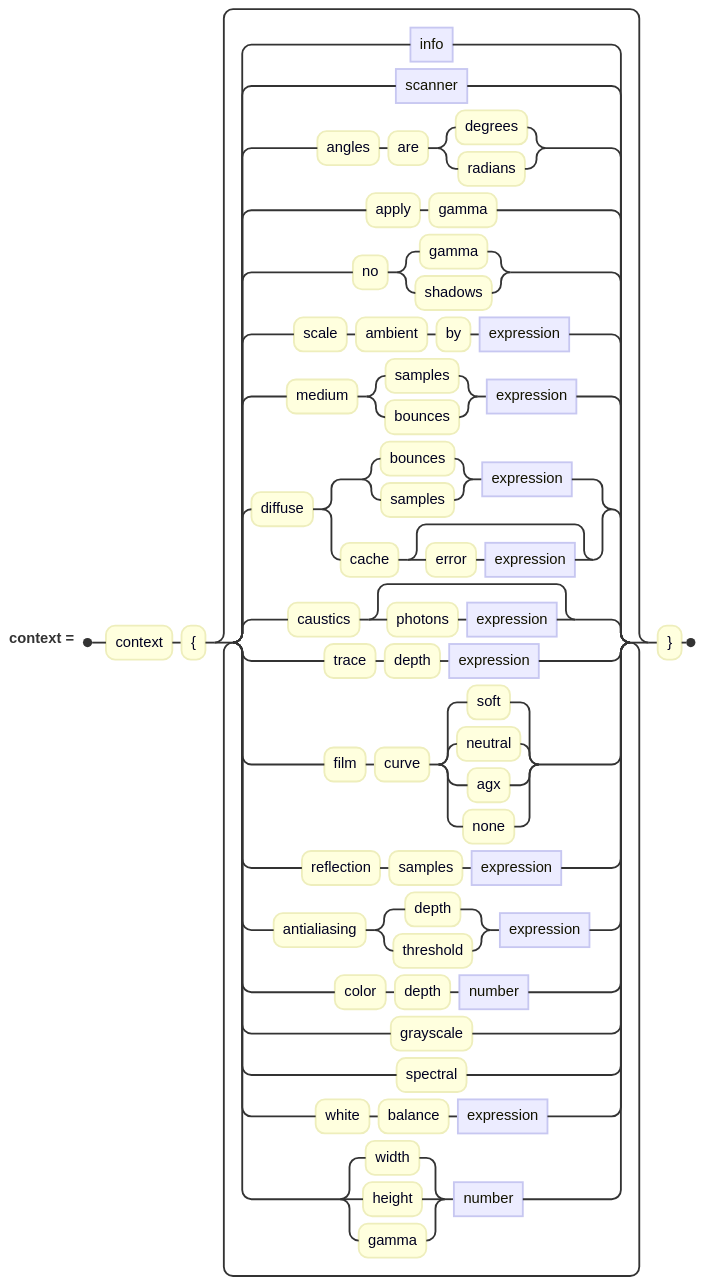
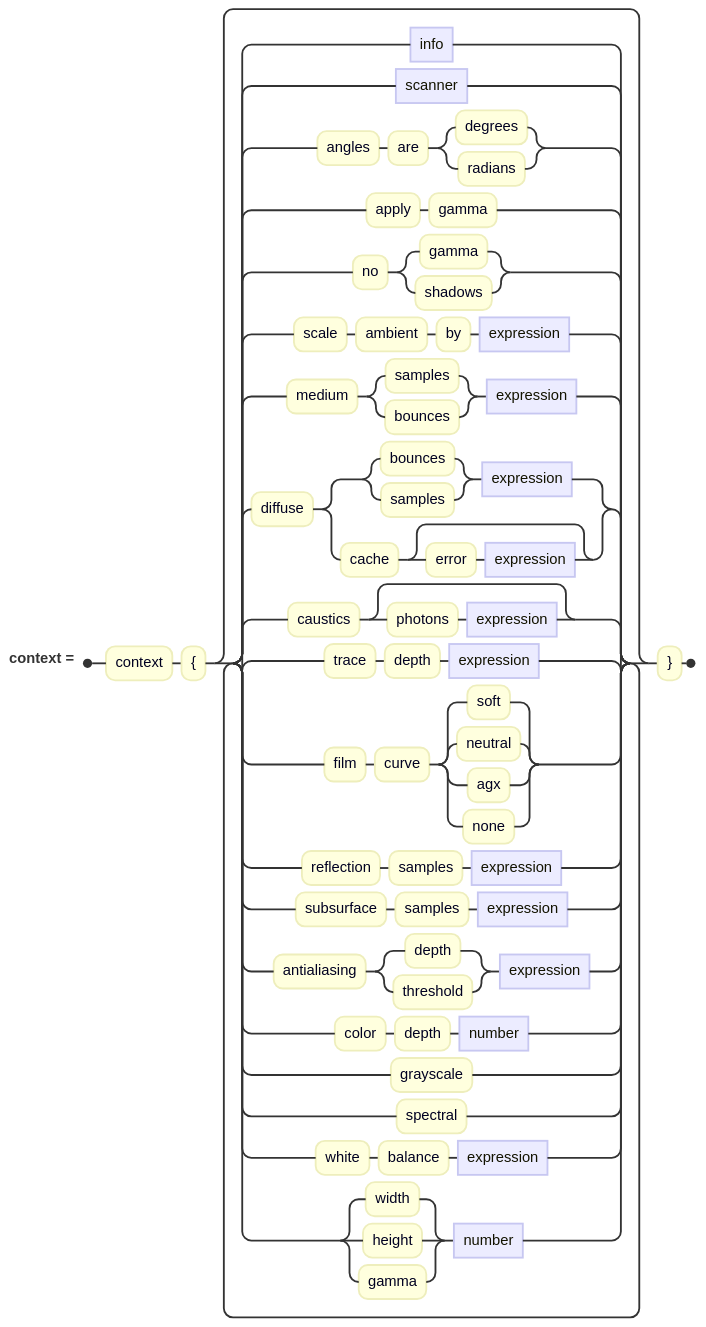
Before and after one commit to jskress/RayTracer: the diagram in docs/diagrams/context/contextClause.mmd, drawn with Mermaid. The commit also changed 34 other files, not shown here.

```diff
--- a/docs/diagrams/context/contextClause.mmd
+++ b/docs/diagrams/context/contextClause.mmd
@@ -1,16 +1,17 @@
 railroad-ebnf-beta
 title "The context block"
 
 context = "context" "{" { info | scanner | "angles" "are" ( "degrees" | "radians" )
         | "apply" "gamma" | "no" ( "gamma" | "shadows" )
         | "scale" "ambient" "by" expression
         | "medium" ( "samples" | "bounces" ) expression
         | "diffuse" ( ( "bounces" | "samples" ) expression | "cache" [ "error" expression ] )
         | "caustics" [ "photons" expression ]
         | "trace" "depth" expression
         | "film" "curve" ( "soft" | "neutral" | "agx" | "none" )
         | "reflection" "samples" expression
+        | "subsurface" "samples" expression
         | "antialiasing" ( "depth" | "threshold" ) expression
         | "color" "depth" number | "grayscale" | "spectral"
         | "white" "balance" expression
         | ( "width" | "height" | "gamma" ) number } "}" ;
```
